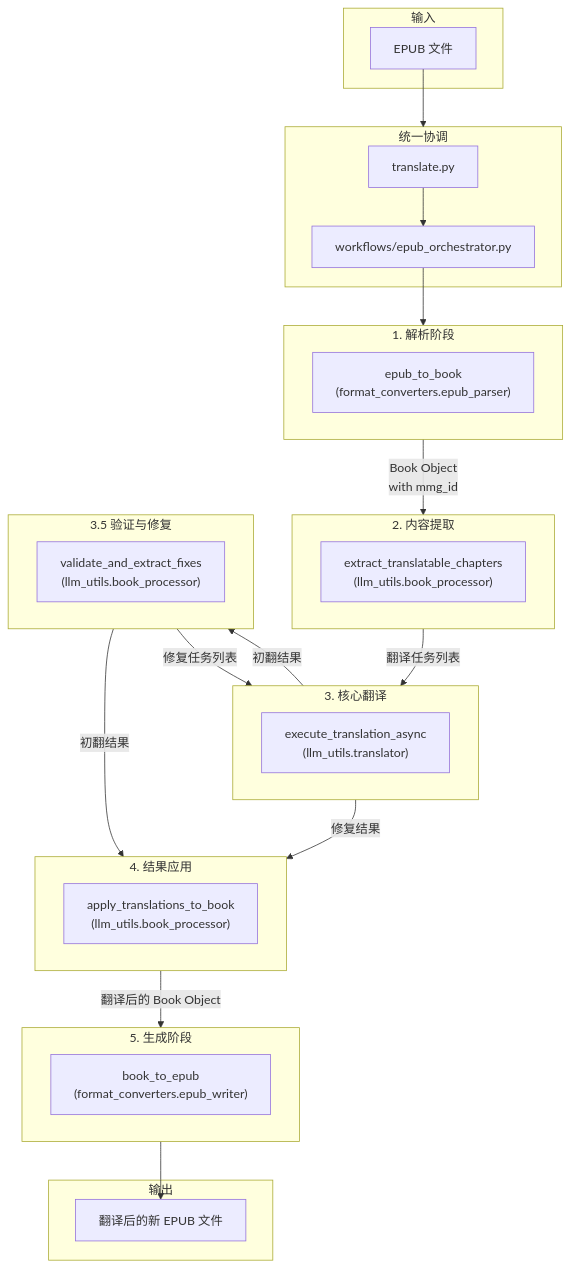
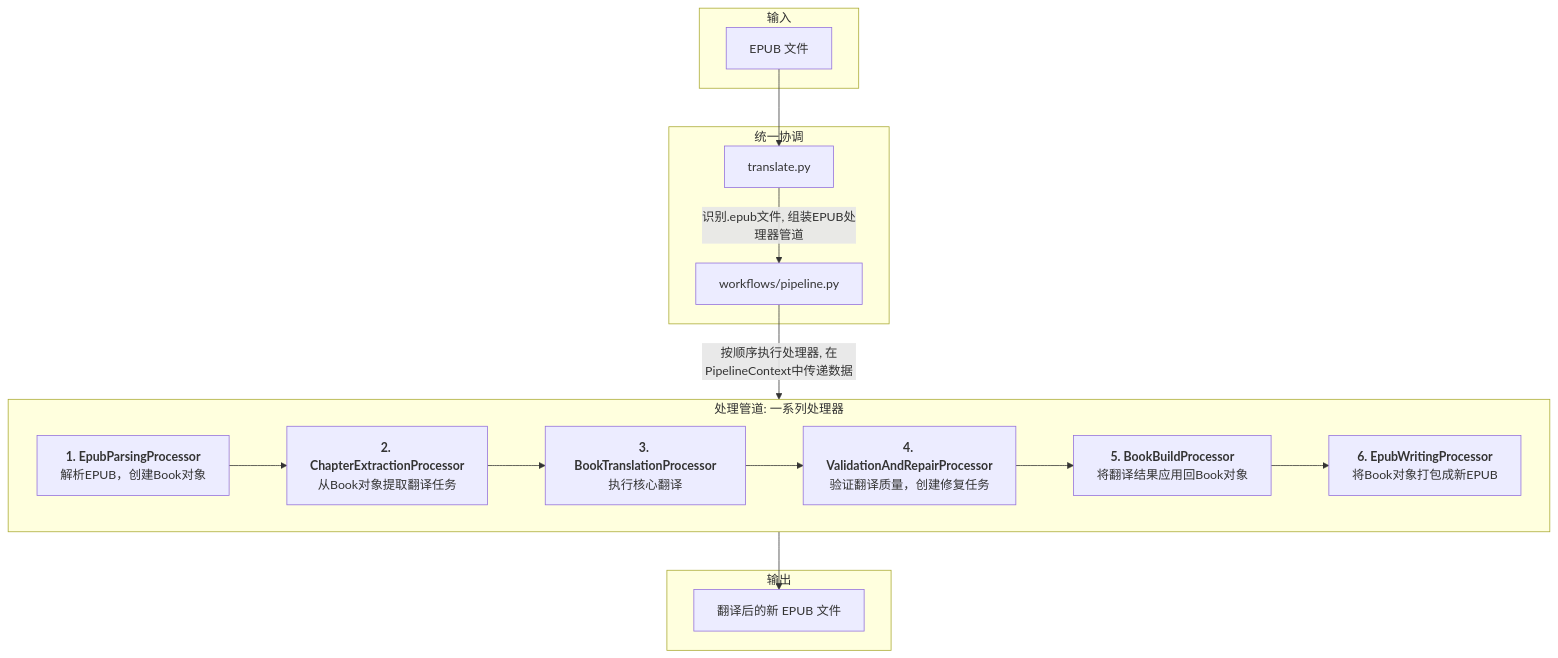
Before and after one commit to kuniyao/MultiMediaGenAI: the diagram in docs/01_workflow_epub_translation.md, drawn with Mermaid. The commit also changed other lines of this file and 22 other files, not shown here.

First line of the commit message:
本次提交对核心翻译工作流进行了重要的架构重构。旧的、硬编码的编排器模式 (Orchestrator) 已被一个更灵活、更可扩展的“管道-处理器” (Pipeline-Processor) 模式所取代。

````diff
--- a/docs/01_workflow_epub_translation.md
+++ b/docs/01_workflow_epub_translation.md
@@ -14,56 +15,31 @@
 ```mermaid
 graph TD;
     subgraph Input [输入]
         A[EPUB 文件]
     end
 
     subgraph Orchestration [统一协调]
         O1[translate.py]
-        O2[workflows/epub_orchestrator.py]
+        O2[workflows/pipeline.py]
     end
 
-    subgraph Parsing [1. 解析阶段]
+    subgraph ProcessingPipeline [处理管道: 一系列处理器]
         direction LR
-        B1["epub_to_book<br>(format_converters.epub_parser)"]
-    end
-
-    subgraph Extraction [2. 内容提取]
-        direction LR
-        C1["extract_translatable_chapters<br>(llm_utils.book_processor)"]
-    end
-    
-    subgraph Translation [3. 核心翻译]
-        direction LR
-        D1["execute_translation_async<br>(llm_utils.translator)"]
-    end
-
-    subgraph Validation [3.5 验证与修复]
-        direction LR
-        D2["validate_and_extract_fixes<br>(llm_utils.book_processor)"]
-    end
-
-    subgraph Application [4. 结果应用]
-        direction LR
-        E1["apply_translations_to_book<br>(llm_utils.book_processor)"]
-    end
-
-    subgraph Writing [5. 生成阶段]
-        direction LR
-        F1["book_to_epub<br>(format_converters.epub_writer)"]
+        P1["<b>1. EpubParsingProcessor</b><br>解析EPUB，创建Book对象"]
+        P2["<b>2. ChapterExtractionProcessor</b><br>从Book对象提取翻译任务"]
+        P3["<b>3. BookTranslationProcessor</b><br>执行核心翻译"]
+        P4["<b>4. ValidationAndRepairProcessor</b><br>验证翻译质量，创建修复任务"]
+        P5["<b>5. BookBuildProcessor</b><br>将翻译结果应用回Book对象"]
+        P6["<b>6. EpubWritingProcessor</b><br>将Book对象打包成新EPUB"]
     end
 
     subgraph Output [输出]
         G[翻译后的新 EPUB 文件]
     end
 
-    A --> Orchestration;
-    O1 --> O2;
-    O2 --> B1;
-    B1 -- Book Object<br>with mmg_id --> C1 -- 翻译任务列表 --> D1;
-    D1 -- 初翻结果 --> D2;
-    D2 -- 修复任务列表 --> D1;
-    D1 -- 修复结果 --> E1;
-    D2 -- 初翻结果 --> E1;
-    E1 -- 翻译后的 Book Object --> F1;
-    F1 --> G;
+    A --> O1;
+    O1 -- "识别.epub文件, 组装EPUB处理器管道" --> O2;
+    O2 -- "按顺序执行处理器, 在PipelineContext中传递数据" --> P1;
+    P1 --> P2 --> P3 --> P4 --> P5 --> P6;
+    P6 --> G;
 ```
````
